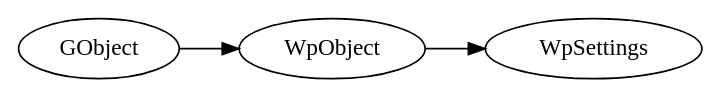
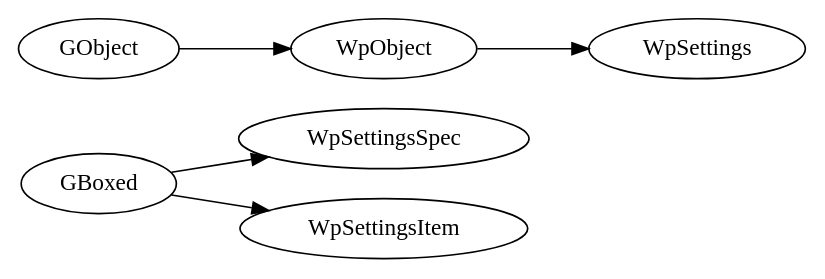
Before and after one commit to PipeWire/wireplumber: the diagram in docs/rst/library/c_api/settings_api.rst, drawn with Graphviz. The commit also changed other lines of this file and 5 other files, not shown here.

```diff
--- a/docs/rst/library/c_api/settings_api.rst
+++ b/docs/rst/library/c_api/settings_api.rst
@@ -5,8 +5,10 @@
 .. graphviz::
   :align: center
 
    digraph inheritance {
       rankdir=LR;
+      GBoxed -> WpSettingsSpec;
+      GBoxed -> WpSettingsItem;
       GObject -> WpObject;
       WpObject -> WpSettings;
    }
```
